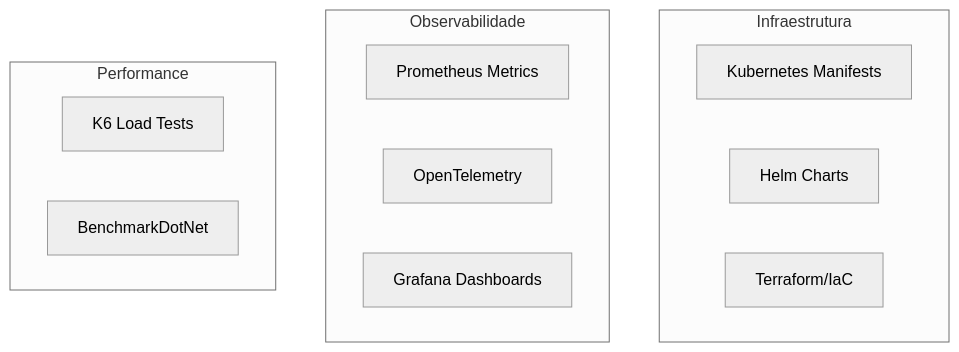
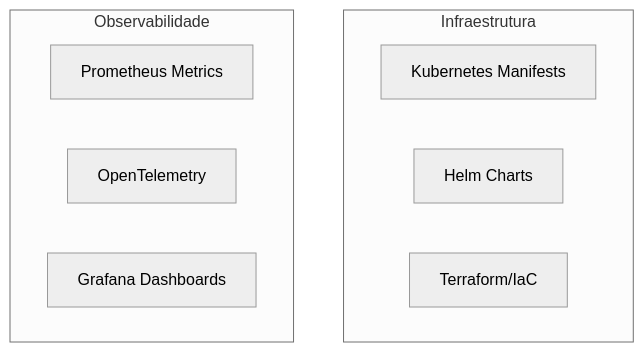
Before and after one commit to nelson1987/desafio-cashflow: the third of 5 diagrams in docs/ROADMAP.md, drawn with Mermaid (neutral theme). The commit also changed other lines of this file and 3 other files, not shown here.

````diff
--- a/docs/ROADMAP.md
+++ b/docs/ROADMAP.md
@@ -111,19 +113,14 @@
 ```mermaid
 flowchart TB
     subgraph Deploy["Infraestrutura"]
         K8s["Kubernetes Manifests"]
         Helm["Helm Charts"]
         Terraform["Terraform/IaC"]
     end
     
     subgraph Observability["Observabilidade"]
         Metrics["Prometheus Metrics"]
         Traces["OpenTelemetry"]
         Dashboard["Grafana Dashboards"]
     end
-    
-    subgraph Performance["Performance"]
-        K6["K6 Load Tests"]
-        Benchmark["BenchmarkDotNet"]
-    end
 ```
````
